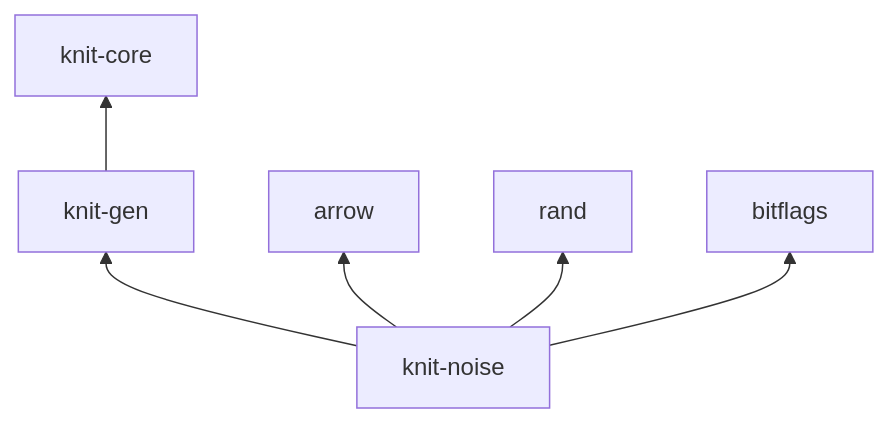
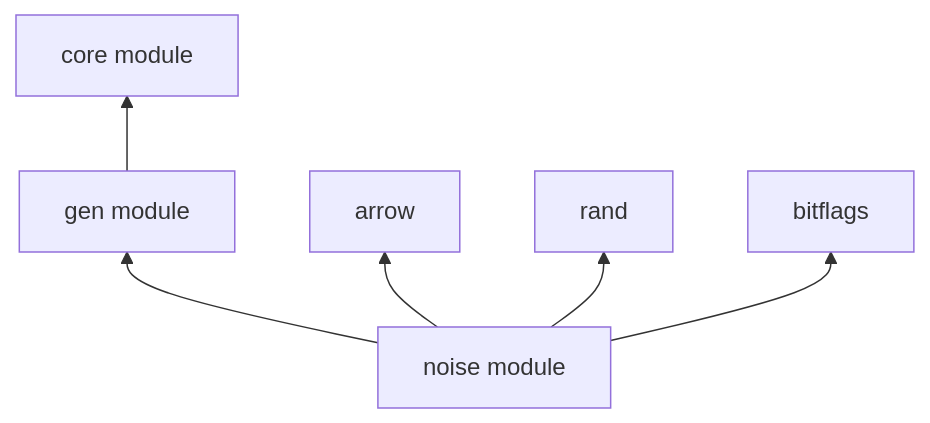
One commit to Yaming-Hub/knit changed the second of 6 diagrams in docs/design-noise.md. Above: the diagram before and after it, drawn with Mermaid. The commit also changed other lines of this file and 10 other files, not shown here.

````diff
--- a/docs/design-noise.md
+++ b/docs/design-noise.md
@@ -47,9 +47,9 @@
 ```mermaid
 flowchart BT
-    core[knit-core]
-    gen[knit-gen] --> core
-    noise[knit-noise] --> gen
+    core[core module]
+    gen[gen module] --> core
+    noise[noise module] --> gen
     noise --> arrow[arrow]
     noise --> rand[rand]
     noise --> bitflags[bitflags]
 ```
````
